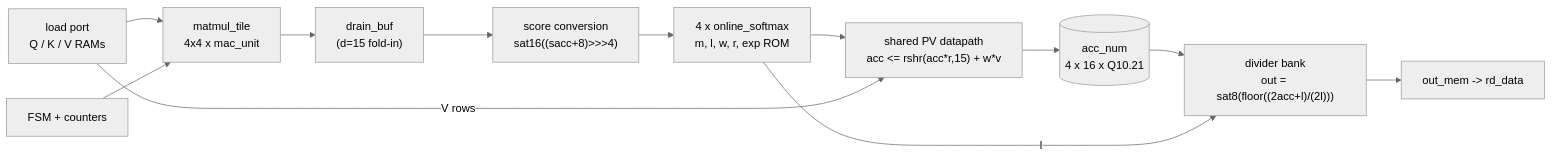
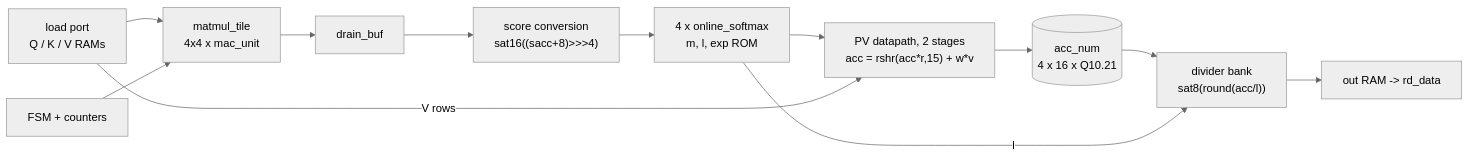
The diagram in README.md (saadafsy/p1-attention), drawn with Mermaid (neutral theme) before and after one commit. The commit also changed other lines of this file and 55 other files, not shown here.

````diff
--- a/README.md
+++ b/README.md
@@ -20,14 +12,14 @@
 ```mermaid
 flowchart LR
     LOAD["load port<br/>Q / K / V RAMs"] --> TILE["matmul_tile<br/>4x4 x mac_unit"]
     FSM["FSM + counters"] --> TILE
-    TILE --> DBUF["drain_buf<br/>(d=15 fold-in)"]
+    TILE --> DBUF["drain_buf"]
     DBUF --> SCONV["score conversion<br/>sat16((sacc+8)>>>4)"]
-    SCONV --> SM["4 x online_softmax<br/>m, l, w, r, exp ROM"]
-    SM --> PV["shared PV datapath<br/>acc <= rshr(acc*r,15) + w*v"]
+    SCONV --> SM["4 x online_softmax<br/>m, l, exp ROM"]
+    SM --> PV["PV datapath, 2 stages<br/>acc = rshr(acc*r,15) + w*v"]
     LOAD -- "V rows" --> PV
     PV --> ACC[("acc_num<br/>4 x 16 x Q10.21")]
-    ACC --> DIV["divider bank<br/>out = sat8(floor((2acc+l)/(2l)))"]
+    ACC --> DIV["divider bank<br/>sat8(round(acc/l))"]
     SM -- "l" --> DIV
-    DIV --> OUT["out_mem -> rd_data"]
+    DIV --> OUT["out RAM -> rd_data"]
 ```
````
